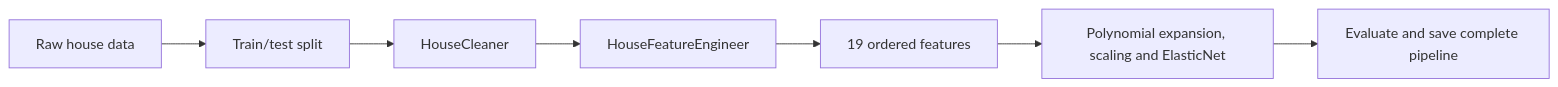
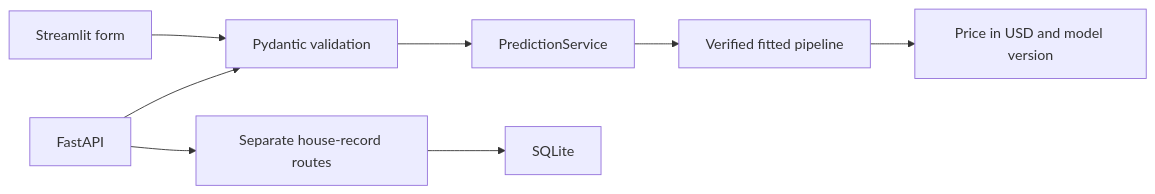
The diagram in README.md (roy-nfisch/king-county-house-price-app), drawn with Mermaid before and after one commit. The commit also changed other lines of this file and 6 other files, not shown here.

````diff
--- a/README.md
+++ b/README.md
@@ -32,9 +142,10 @@
 ```mermaid
 flowchart LR
-    A[Raw house data] --> S[Train/test split]
-    S --> B[HouseCleaner]
-    B --> C[HouseFeatureEngineer]
-    C --> D[19 ordered features]
-    D --> M[Polynomial expansion, scaling and ElasticNet]
-    M --> E[Evaluate and save complete pipeline]
+    UI[Streamlit form] --> V[Pydantic validation]
+    API[FastAPI] --> V
+    V --> S[PredictionService]
+    S --> P[Verified fitted pipeline]
+    P --> R[Price in USD and model version]
+    API --> H[Separate house-record routes]
+    H --> DB[SQLite]
 ```
````
